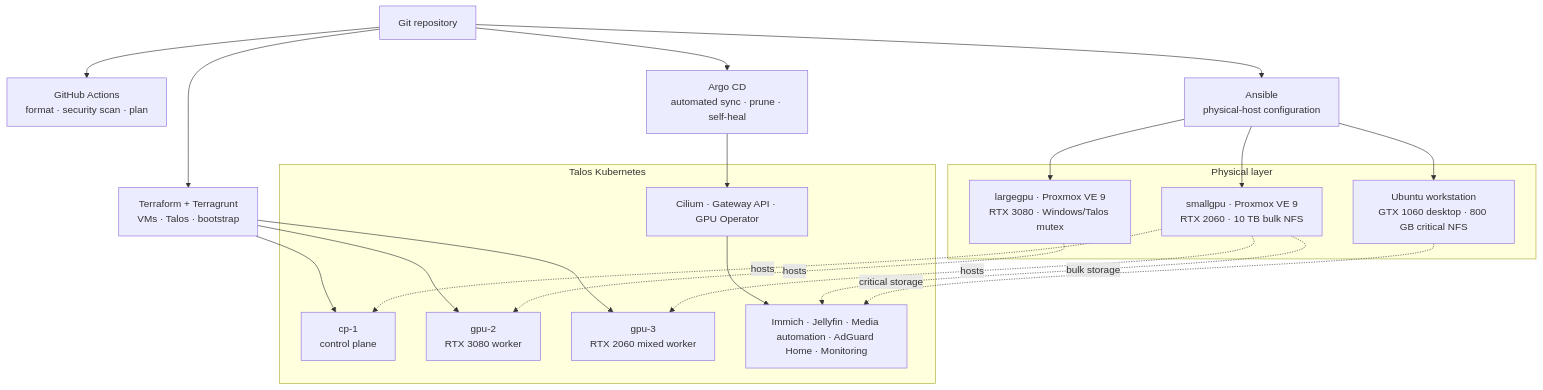
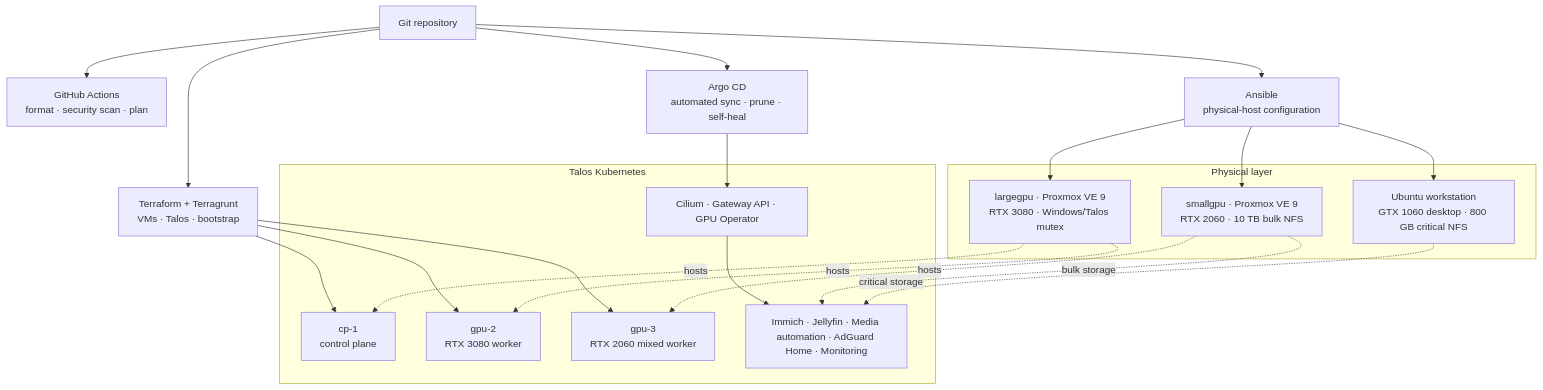
Before and after one commit to kfir-marx/homelab: the first of 2 diagrams in README.md, drawn with Mermaid. The commit also changed other lines of this file and 13 other files, not shown here.

First line of the commit message:
docs(architecture): document control-plane placement

````diff
--- a/README.md
+++ b/README.md
@@ -39,39 +39,39 @@
 ```mermaid
 flowchart TB
     Git["Git repository"]
     CI["GitHub Actions<br/>format · security scan · plan"]
     Ansible["Ansible<br/>physical-host configuration"]
     IaC["Terraform + Terragrunt<br/>VMs · Talos · bootstrap"]
     Argo["Argo CD<br/>automated sync · prune · self-heal"]
 
     subgraph Physical["Physical layer"]
         Small["smallgpu · Proxmox VE 9<br/>RTX 2060 · 10 TB bulk NFS"]
         Large["largegpu · Proxmox VE 9<br/>RTX 3080 · Windows/Talos mutex"]
         Ubuntu["Ubuntu workstation<br/>GTX 1060 desktop · 800 GB critical NFS"]
     end
 
     subgraph Cluster["Talos Kubernetes"]
         CP["cp-1<br/>control plane"]
         GPU2["gpu-2<br/>RTX 3080 worker"]
         GPU3["gpu-3<br/>RTX 2060 mixed worker"]
         Platform["Cilium · Gateway API · GPU Operator"]
         Apps["Immich · Jellyfin · Media automation · AdGuard Home · Monitoring"]
     end
 
     Git --> CI
     Git --> Ansible
     Git --> IaC
     Git --> Argo
     Ansible --> Small
     Ansible --> Large
     Ansible --> Ubuntu
     IaC --> CP
     IaC --> GPU2
     IaC --> GPU3
-    Small -. hosts .-> CP
     Small -. hosts .-> GPU3
+    Large -. hosts .-> CP
     Large -. hosts .-> GPU2
     Argo --> Platform --> Apps
     Small -. bulk storage .-> Apps
     Ubuntu -. critical storage .-> Apps
 ```
````
